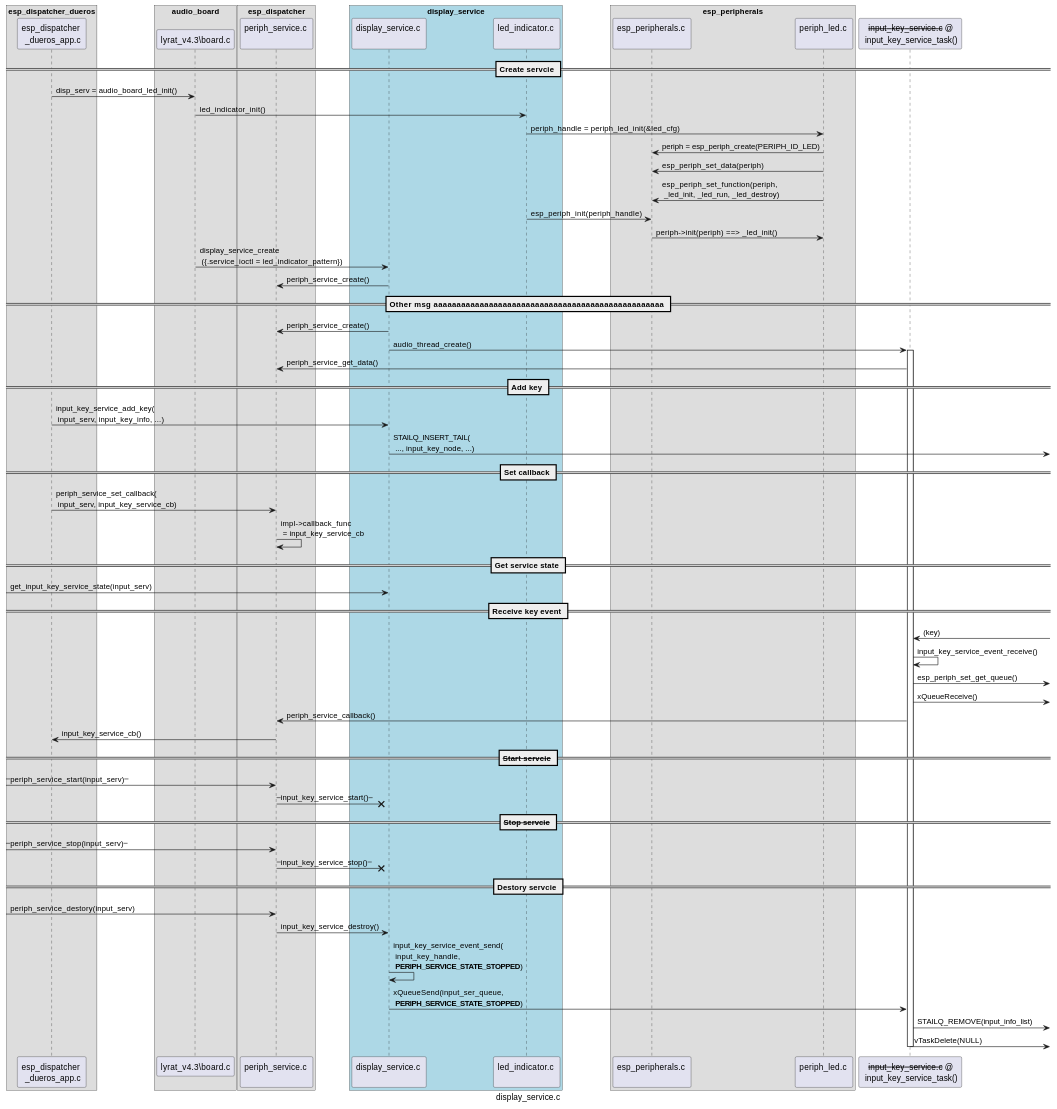
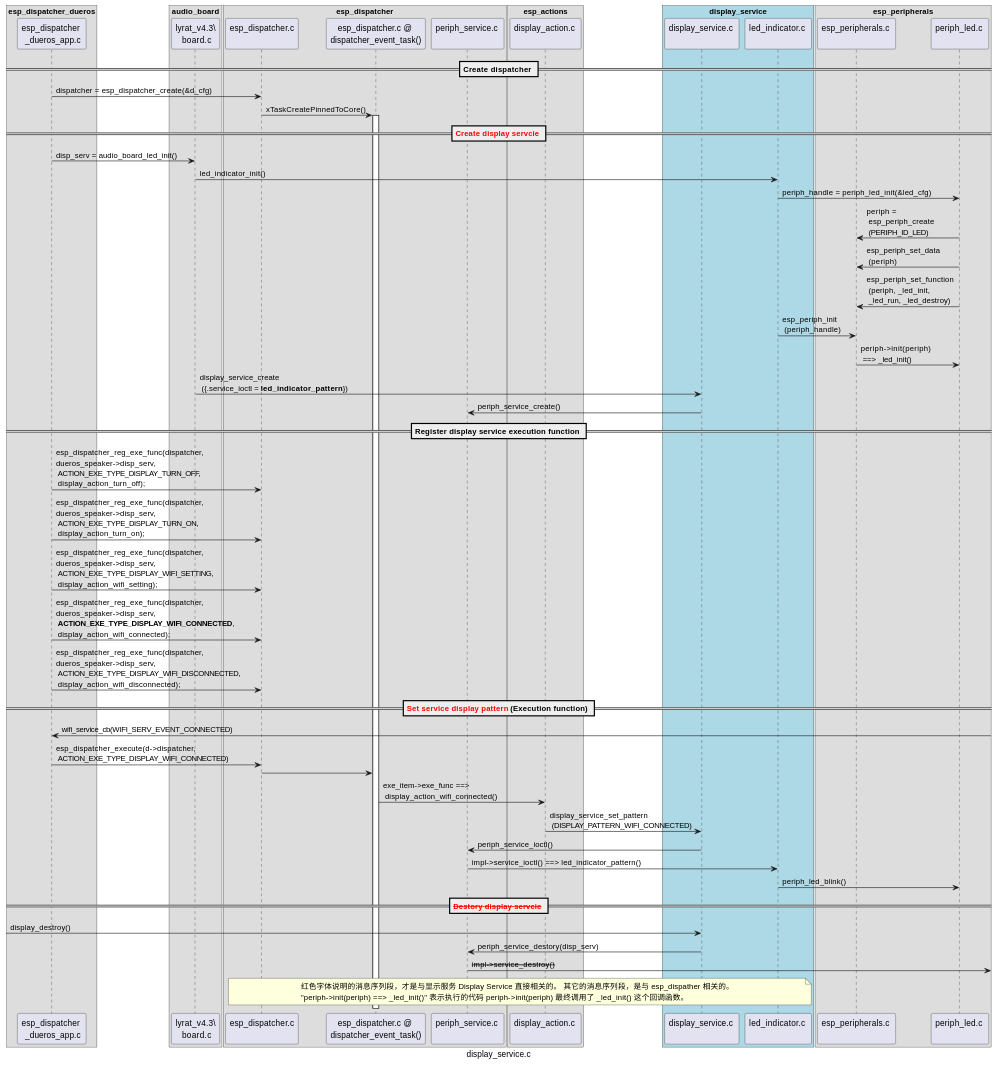
Before and after one commit to liangzhu2008/learn-esp-adf: the first of 4 diagrams in docs/inside-dispatcher/display_service.rst, drawn with PlantUML. The commit also changed other lines of this file and 2 other files, not shown here.

Commit message:
加入 Display_Service

```diff
--- a/docs/inside-dispatcher/display_service.rst
+++ b/docs/inside-dispatcher/display_service.rst
@@ -23,81 +23,75 @@
     end box
     
     box "audio_board"
-    participant "lyrat_v4.3\\board.c"  as adf_board order 15
+    participant "lyrat_v4.3\\\n board.c"  as adf_board order 15
     end box
 
     box "esp_dispatcher" 
-    participant "periph_service.c \n"  as periph_service order 20
+    participant "esp_dispatcher.c\n"                    as dispatcher_comp   order 20
+    participant "esp_dispatcher.c @ \ndispatcher_event_task()" as dispatcher_task   order 30
+    participant "periph_service.c \n"  as periph_service order 40
+    end box
+
+    box "esp_actions"
+    participant "display_action.c \n" as display_action  order 45
     end box
 
     box "display_service" #LightBlue
-    participant "display_service.c \n" as spec_service  order 30
-    participant "led_indicator.c \n"   as led_indicator order 40
+    participant "display_service.c \n" as display_service  order 50
+    participant "led_indicator.c \n"   as led_indicator order 60
     end box
 
     box "esp_peripherals" 
-    participant "esp_peripherals.c \n" as esp_peripherals order 50
-    participant "periph_led.c \n"      as spec_periph     order 60
+    participant "esp_peripherals.c \n" as esp_peripherals order 70
+    participant "periph_led.c \n"      as periph_led      order 80
     end box
 
-    participant "--input_key_service.c-- @\n input_key_service_task()" as inner_task order 99
-      
-    == Create servcie ==
+    == Create dispatcher ==
+    adf_app -> dispatcher_comp : dispatcher = esp_dispatcher_create(&d_cfg)
+    dispatcher_comp -> dispatcher_task : xTaskCreatePinnedToCore()
+    activate dispatcher_task 
+
+    == <color:red>Create display servcie</color> ==
     adf_app         -> adf_board     : disp_serv = audio_board_led_init()
 
     adf_board       -> led_indicator : led_indicator_init()
-    led_indicator   -> spec_periph   : periph_handle = periph_led_init(&led_cfg)
-    esp_peripherals <- spec_periph   : periph = esp_periph_create(PERIPH_ID_LED)
-    esp_peripherals <- spec_periph   : esp_periph_set_data(periph)
-    esp_peripherals <- spec_periph   : esp_periph_set_function(periph, \n _led_init, _led_run, _led_destroy)
-    led_indicator   -> esp_peripherals : esp_periph_init(periph_handle)
-    esp_peripherals -> spec_periph     : periph->init(periph) ==> _led_init()
+    led_indicator   -> periph_led   : periph_handle = periph_led_init(&led_cfg)
+    esp_peripherals <- periph_led   : periph = \n esp_periph_create \n (PERIPH_ID_LED)
+    esp_peripherals <- periph_led   : esp_periph_set_data \n (periph)
+    esp_peripherals <- periph_led   : esp_periph_set_function \n (periph, _led_init, \n _led_run, _led_destroy)
+    led_indicator -> esp_peripherals : esp_periph_init \n (periph_handle)
+    esp_peripherals -> periph_led     : periph->init(periph) \n ==> _led_init()
 
-    adf_board        -> spec_service : display_service_create \n ({.service_ioctl = led_indicator_pattern})
-    periph_service   <- spec_service : periph_service_create()
+    adf_board        -> display_service : display_service_create \n ({.service_ioctl = **led_indicator_pattern**})
+    periph_service   <- display_service : periph_service_create()
 
 
-
-    == Other msg aaaaaaaaaaaaaaaaaaaaaaaaaaaaaaaaaaaaaaaaaaaaaaaaaa ==
+    == Register display service execution function ==
+    adf_app -> dispatcher_comp  : esp_dispatcher_reg_exe_func(dispatcher, \ndueros_speaker->disp_serv, \n ACTION_EXE_TYPE_DISPLAY_TURN_OFF, \n display_action_turn_off);
+    adf_app -> dispatcher_comp  : esp_dispatcher_reg_exe_func(dispatcher, \ndueros_speaker->disp_serv, \n ACTION_EXE_TYPE_DISPLAY_TURN_ON, \n display_action_turn_on);
+    adf_app -> dispatcher_comp  : esp_dispatcher_reg_exe_func(dispatcher, \ndueros_speaker->disp_serv, \n ACTION_EXE_TYPE_DISPLAY_WIFI_SETTING, \n display_action_wifi_setting);
+    adf_app -> dispatcher_comp  : esp_dispatcher_reg_exe_func(dispatcher, \ndueros_speaker->disp_serv, \n **ACTION_EXE_TYPE_DISPLAY_WIFI_CONNECTED**, \n display_action_wifi_connected);
+    adf_app -> dispatcher_comp  : esp_dispatcher_reg_exe_func(dispatcher, \ndueros_speaker->disp_serv, \n ACTION_EXE_TYPE_DISPLAY_WIFI_DISCONNECTED, \n display_action_wifi_disconnected);
 
 
-    periph_service <- spec_service : periph_service_create()
-    spec_service   -> inner_task   : audio_thread_create()
-    activate inner_task 
-    periph_service <- inner_task   : periph_service_get_data()
+    == <color:red>Set service display pattern</color> (Execution function) ==
+    adf_app <-] : wifi_service_cb(WIFI_SERV_EVENT_CONNECTED)
+    adf_app ->  dispatcher_comp : esp_dispatcher_execute(d->dispatcher, \n ACTION_EXE_TYPE_DISPLAY_WIFI_CONNECTED)
+    dispatcher_comp -> dispatcher_task
+    dispatcher_task -> display_action  : exe_item->exe_func ==> \n display_action_wifi_connected()
+    display_action  -> display_service : display_service_set_pattern \n (DISPLAY_PATTERN_WIFI_CONNECTED)
+    periph_service  <- display_service : periph_service_ioctl()
+    periph_service  -> led_indicator   : impl->service_ioctl() ==> led_indicator_pattern()
+    led_indicator   -> periph_led      : periph_led_blink()
 
-    == Add key ==
-    adf_app        -> spec_service : input_key_service_add_key( \n input_serv, input_key_info, ...)
-    spec_service   ->]             : STAILQ_INSERT_TAIL( \n ..., input_key_node, ...)
 
-    == Set callback ==
-    adf_app        -> periph_service : periph_service_set_callback( \n input_serv, input_key_service_cb)
-    periph_service -> periph_service : impl->callback_func \n = input_key_service_cb
+    == <color:red>--Destory display servcie--</color> ==
+    [-> display_service : display_destroy()
+    periph_service <- display_service : periph_service_destory(disp_serv)
+    periph_service ->]  : --impl->service_destroy()--
 
-    == Get service state ==
-                  [-> spec_service   : get_input_key_service_state(input_serv)
-
-    == Receive key event ==
-    inner_task     <-]               : (key)
-    inner_task     -> inner_task     : input_key_service_event_receive()
-    inner_task     ->]               : esp_periph_set_get_queue()
-    inner_task     ->]               : xQueueReceive()
-    periph_service <- inner_task     : periph_service_callback()
-    adf_app        <- periph_service : input_key_service_cb()
-
-    == --Start servcie-- ==
-                  [-> periph_service : --periph_service_start(input_serv)--
-    periph_service ->x spec_service  : --input_key_service_start()--
-
-    == --Stop servcie-- ==
-                  [-> periph_service : --periph_service_stop(input_serv)--
-    periph_service ->x spec_service  : --input_key_service_stop()--
-
-    == Destory servcie ==
-                  [-> periph_service : periph_service_destory(input_serv)
-    periph_service -> spec_service   : input_key_service_destroy()
-    spec_service   -> spec_service   : input_key_service_event_send( \n input_key_handle,  \n **PERIPH_SERVICE_STATE_STOPPED**)
-    spec_service   -> inner_task     : xQueueSend(input_ser_queue,  \n **PERIPH_SERVICE_STATE_STOPPED**)
-    inner_task     ->]               : STAILQ_REMOVE(input_info_list)
-    inner_task     ->]               : vTaskDelete(NULL)
-    deactivate inner_task 
+    
+    note over dispatcher_comp, led_indicator
+    红色字体说明的消息序列段，才是与显示服务 Display Service 直接相关的。   其它的消息序列段，是与 esp_dispather 相关的。
+    "periph->init(periph) ==> _led_init()" 表示执行的代码 periph->init(periph) 最终调用了 _led_init() 这个回调函数。
+    end note
```
